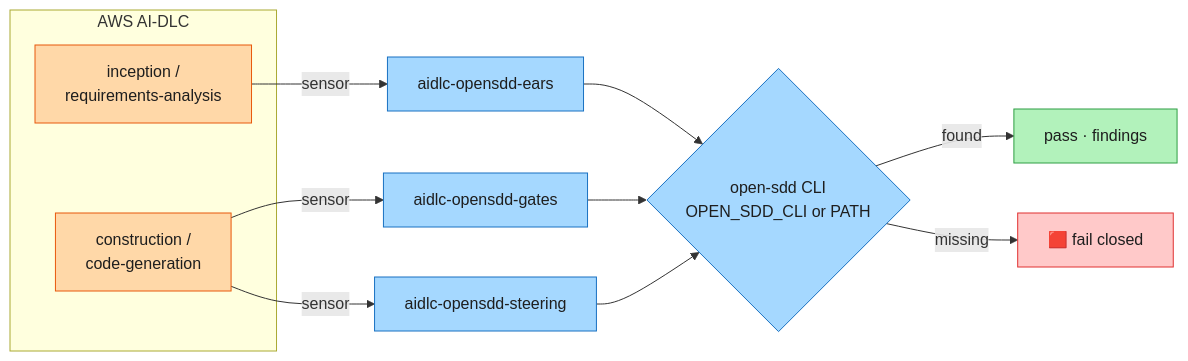
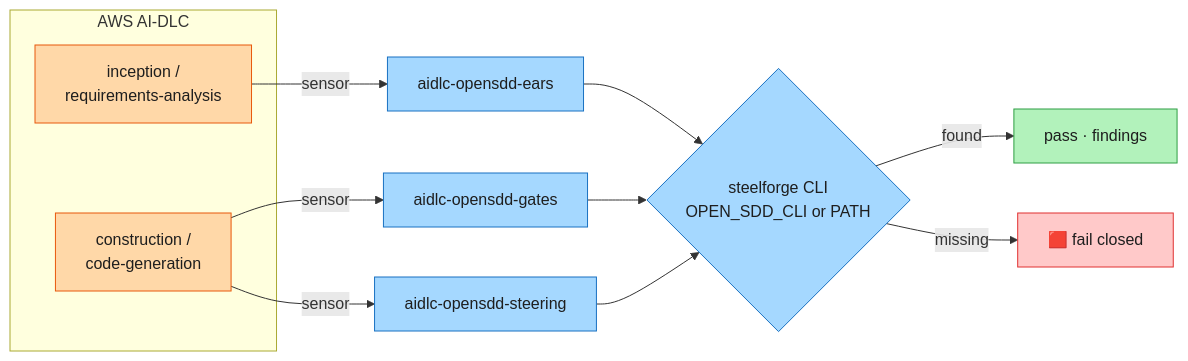
Before and after one commit to Brujo2020/OpenSDD: diagram 12 of 12 in README.md, drawn with Mermaid. The commit also changed other lines of this file and 467 other files, not shown here.

````diff
--- a/README.md
+++ b/README.md
@@ -434,21 +445,21 @@
 ```mermaid
 flowchart LR
   subgraph AIDLC["AWS AI-DLC"]
     IN["inception /<br/>requirements-analysis"]
     CO["construction /<br/>code-generation"]
   end
   IN -- sensor --> S1["aidlc-opensdd-ears"]
   CO -- sensor --> S2["aidlc-opensdd-gates"]
   CO -- sensor --> S3["aidlc-opensdd-steering"]
-  S1 & S2 & S3 --> CLI{"open-sdd CLI<br/>OPEN_SDD_CLI or PATH"}
+  S1 & S2 & S3 --> CLI{"steelforge CLI<br/>OPEN_SDD_CLI or PATH"}
   CLI -- found --> RES["pass · findings"]
   CLI -- missing --> FC["🟥 fail closed"]
   classDef aw fill:#ffd8a8,stroke:#e8590c,color:#1e1e1e
   classDef s fill:#a5d8ff,stroke:#1971c2,color:#1e1e1e
   classDef ok fill:#b2f2bb,stroke:#2f9e44,color:#1e1e1e
   classDef bad fill:#ffc9c9,stroke:#e03131,color:#1e1e1e
   class IN,CO aw
   class S1,S2,S3,CLI s
   class RES ok
   class FC bad
 ```
````
